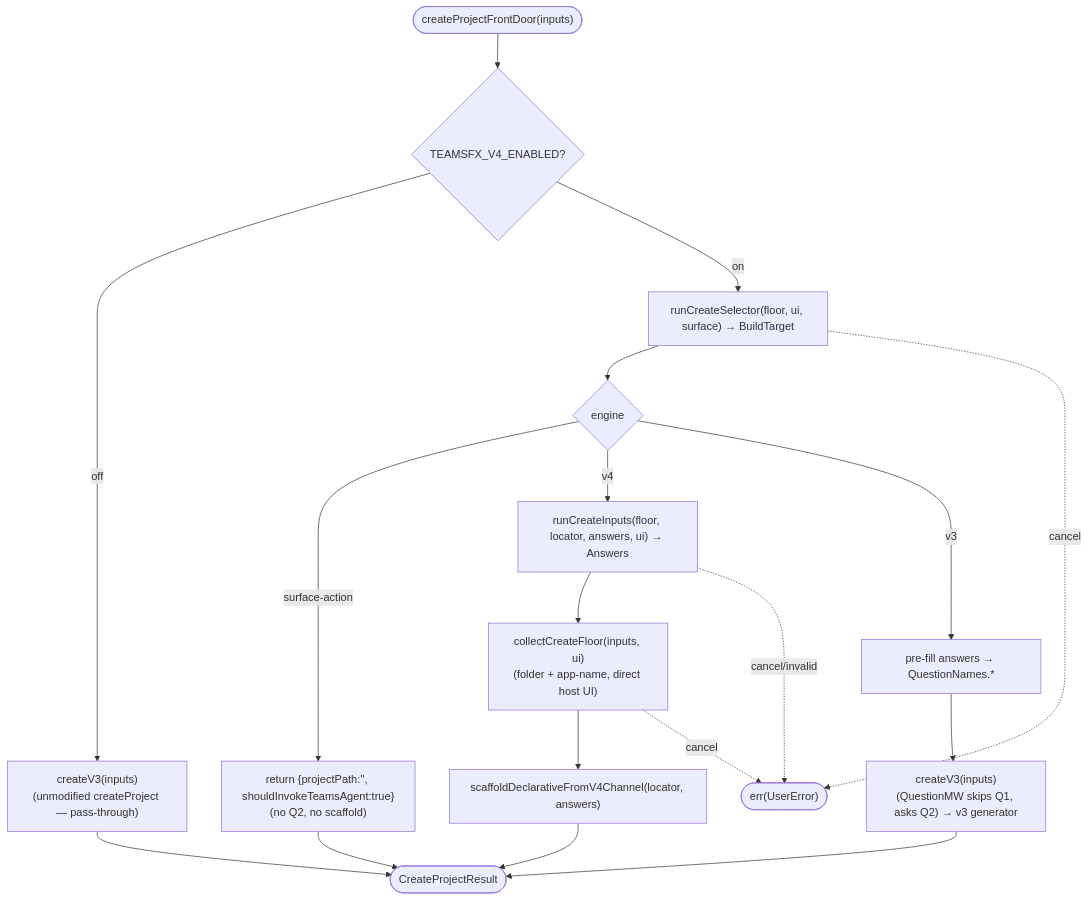
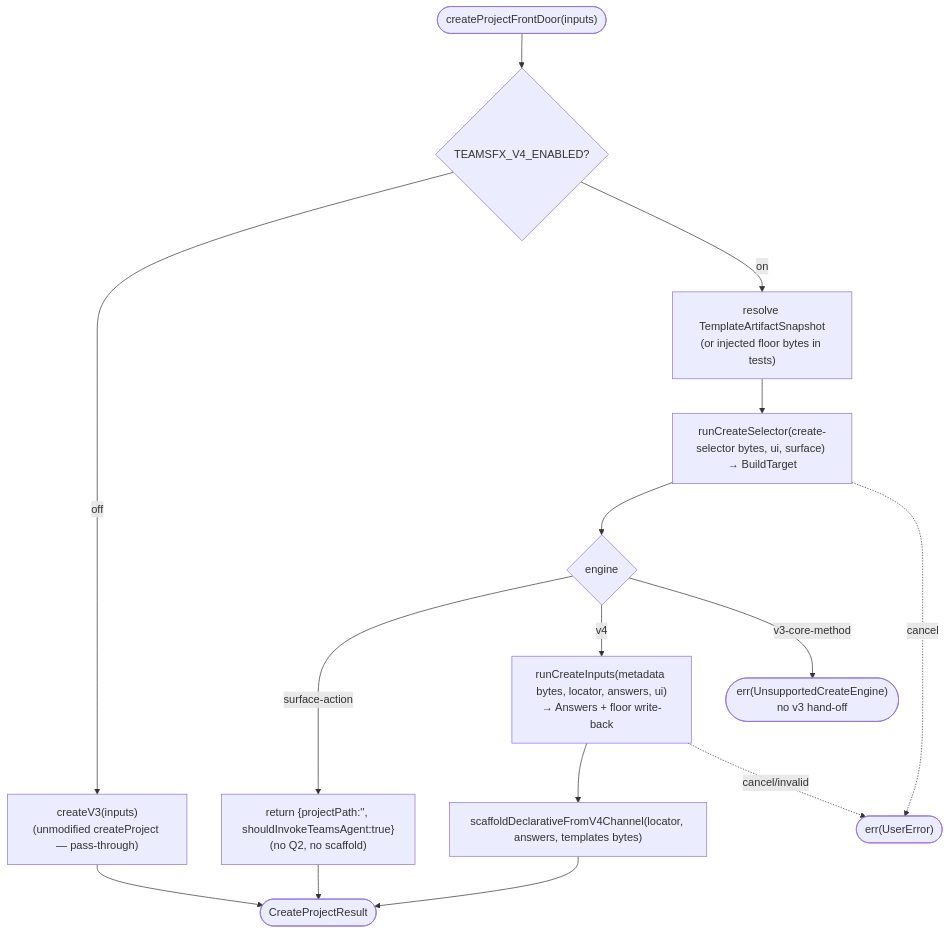
Before and after one commit to OfficeDev/Teams-Toolkit: the diagram in docs/03-specs/operations/scaffolding/dispatch-create-by-engine.md, drawn with Mermaid. The commit also changed other lines of this file and 56 other files, not shown here.

Commit message:
refactor(fx-core): simplify v4 scaffolding flow

````diff
--- a/docs/03-specs/operations/scaffolding/dispatch-create-by-engine.md
+++ b/docs/03-specs/operations/scaffolding/dispatch-create-by-engine.md
@@ -135,13 +118,13 @@
 ```mermaid
 flowchart TD
   start(["createProjectFrontDoor(inputs)"]) --> flag{"TEAMSFX_V4_ENABLED?"}
   flag -- off --> v3pass["createV3(inputs)\n(unmodified createProject — pass-through)"] --> done(["CreateProjectResult"])
-  flag -- on --> sel["runCreateSelector(floor, ui, surface) → BuildTarget"]
+  flag -- on --> src["resolve TemplateArtifactSnapshot\n(or injected floor bytes in tests)"]
+  src --> sel["runCreateSelector(create-selector bytes, ui, surface) → BuildTarget"]
   sel --> eng{"engine"}
   eng -- "surface-action" --> act["return {projectPath:'', shouldInvokeTeamsAgent:true}\n(no Q2, no scaffold)"] --> done
-  eng -- "v4" --> q2v4["runCreateInputs(floor, locator, answers, ui) → Answers"] --> floor["collectCreateFloor(inputs, ui)\n(folder + app-name, direct host UI)"] --> sc["scaffoldDeclarativeFromV4Channel(locator, answers)"] --> done
-  eng -- "v3" --> pf["pre-fill answers → QuestionNames.*"] --> cv3["createV3(inputs)\n(QuestionMW skips Q1, asks Q2) → v3 generator"] --> done
+  eng -- "v4" --> q2v4["runCreateInputs(metadata bytes, locator, answers, ui)\n→ Answers + floor write-back"] --> sc["scaffoldDeclarativeFromV4Channel(locator, answers, templates bytes)"] --> done
+  eng -- "v3-core-method" --> unsupported(["err(UnsupportedCreateEngine)\nno v3 hand-off"])
   sel -. cancel .-> e(["err(UserError)"])
   q2v4 -. cancel/invalid .-> e
-  floor -. cancel .-> e
 ```
````
